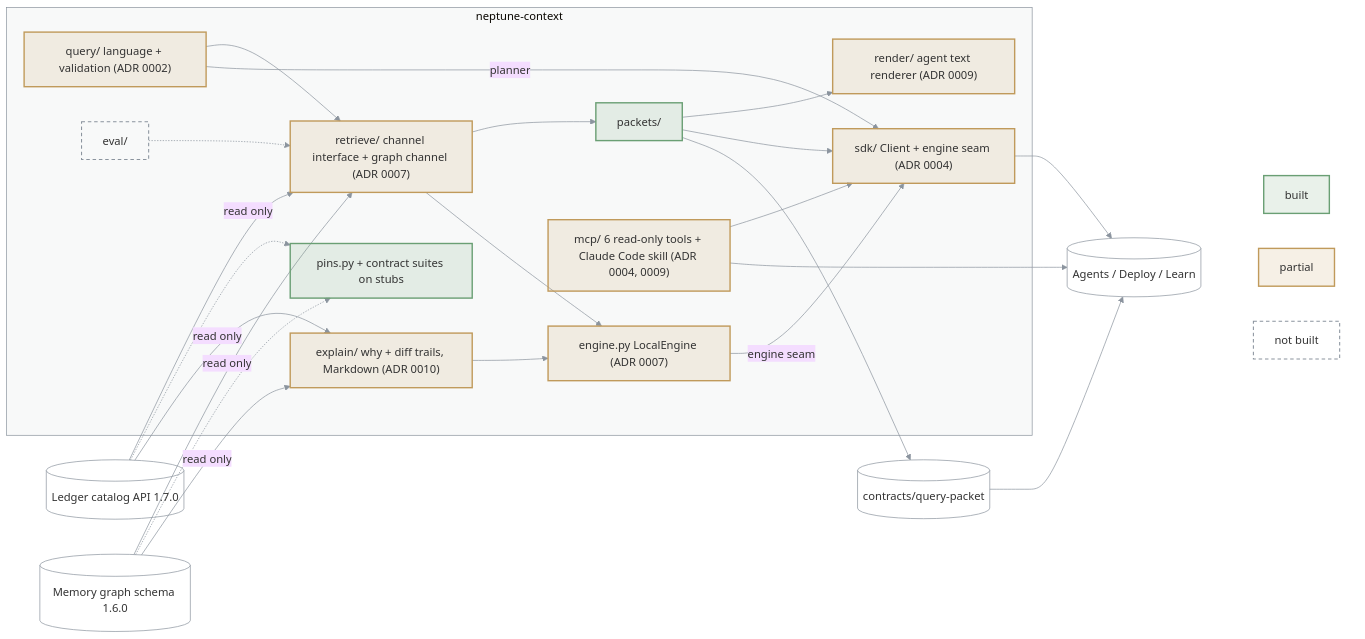
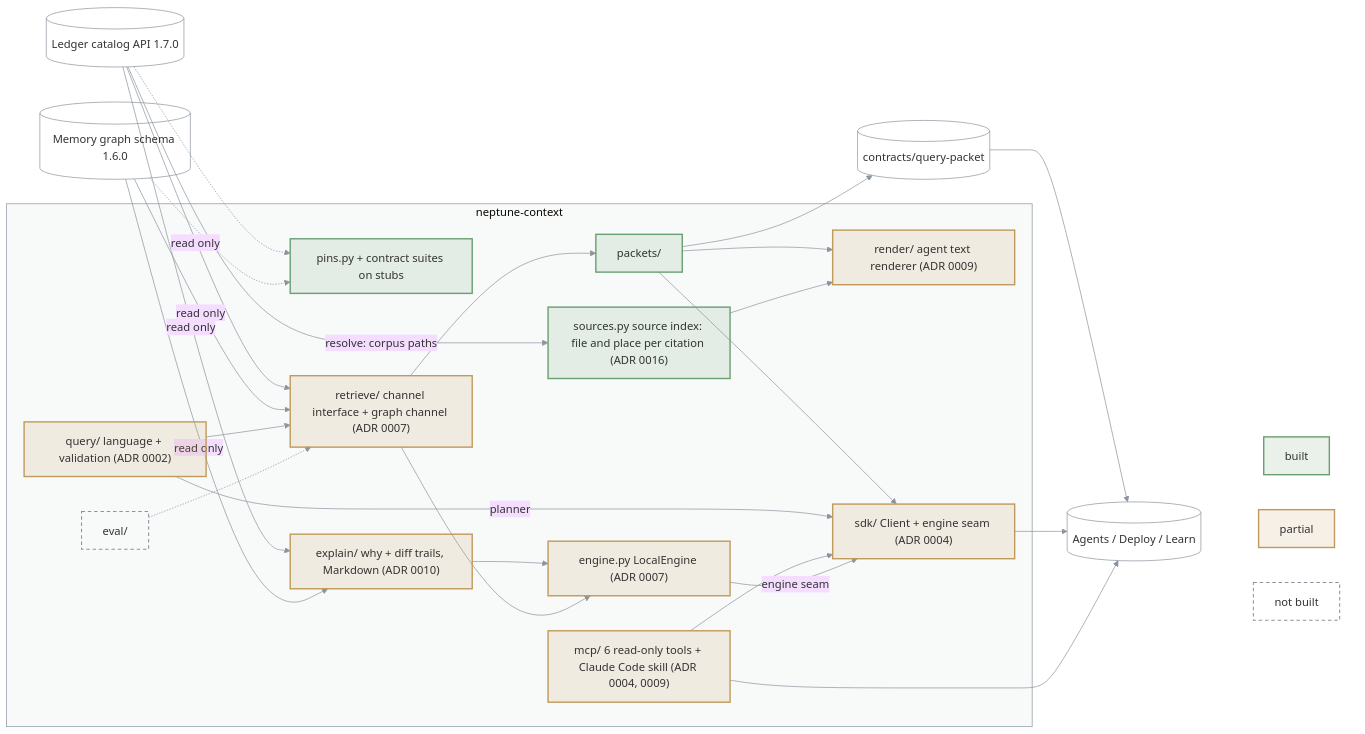
The diagram in packages/neptune-context/ARCHITECTURE.md (bennytay/neptune), drawn with Mermaid (base theme) before and after one commit. The commit also changed 8 other files, not shown here.

First line of the commit message:
docs(context): ADR 0016 readable citations, source index wiring in README, skill and harness docs

````diff
--- a/packages/neptune-context/ARCHITECTURE.md
+++ b/packages/neptune-context/ARCHITECTURE.md
@@ -3,51 +3,53 @@
 ```mermaid
 flowchart LR
   LED[("Ledger catalog API 1.7.0")]
   MEM[("Memory graph schema 1.6.0")]
   subgraph P["neptune-context"]
     PIN["pins.py + contract suites on stubs"]
     QRY["query/ language + validation (ADR 0002)"]
     RET["retrieve/ channel interface + graph channel (ADR 0007)"]
     ENG["engine.py LocalEngine (ADR 0007)"]
     PKT["packets/"]
     RND["render/ agent text renderer (ADR 0009)"]
     SDK["sdk/ Client + engine seam (ADR 0004)"]
     MCP["mcp/ 6 read-only tools + Claude Code skill (ADR 0004, 0009)"]
     EXP["explain/ why + diff trails, Markdown (ADR 0010)"]
     EVA["eval/"]
+    SRC["sources.py source index: file and place per citation (ADR 0016)"]
   end
   OUT[("Agents / Deploy / Learn")]
   CON[("contracts/query-packet")]
   LED -->|read only| RET
   MEM -->|read only| RET
   LED & MEM -.-> PIN
   QRY --> RET --> PKT --> RND
   LED & MEM -->|read only| EXP
   EXP --> ENG
   PKT --> SDK
   QRY -->|planner| SDK
   MCP --> SDK
   RET --> ENG -->|engine seam| SDK
   EVA -.-> RET
+  LED -->|resolve: corpus paths| SRC --> RND
   PKT --> CON --> OUT
   SDK & MCP --> OUT
 
   subgraph KEY[" "]
     K1["built"]
     K2["partial"]
     K3["not built"]
   end
   OUT ~~~ K1 & K2 & K3
 
   classDef built fill:#6a9f7426,stroke:#6a9f74,stroke-width:2px
   classDef partial fill:#c09a5b26,stroke:#c09a5b,stroke-width:2px
   classDef todo fill:none,stroke:#8b949e,stroke-width:1.5px,stroke-dasharray:5 4
   classDef ext fill:none,stroke:#8b949e,stroke-width:1px
-  class K1,PIN,PKT built
+  class K1,PIN,PKT,SRC built
   class K2,QRY,RND,SDK,MCP,RET,ENG,EXP partial
   class EVA,K3 todo
   class LED,MEM,OUT,CON ext
   style P fill:#8b949e0f,stroke:#8b949e
   style KEY fill:none,stroke:none
   linkStyle default stroke:#8b949e
 ```
````
